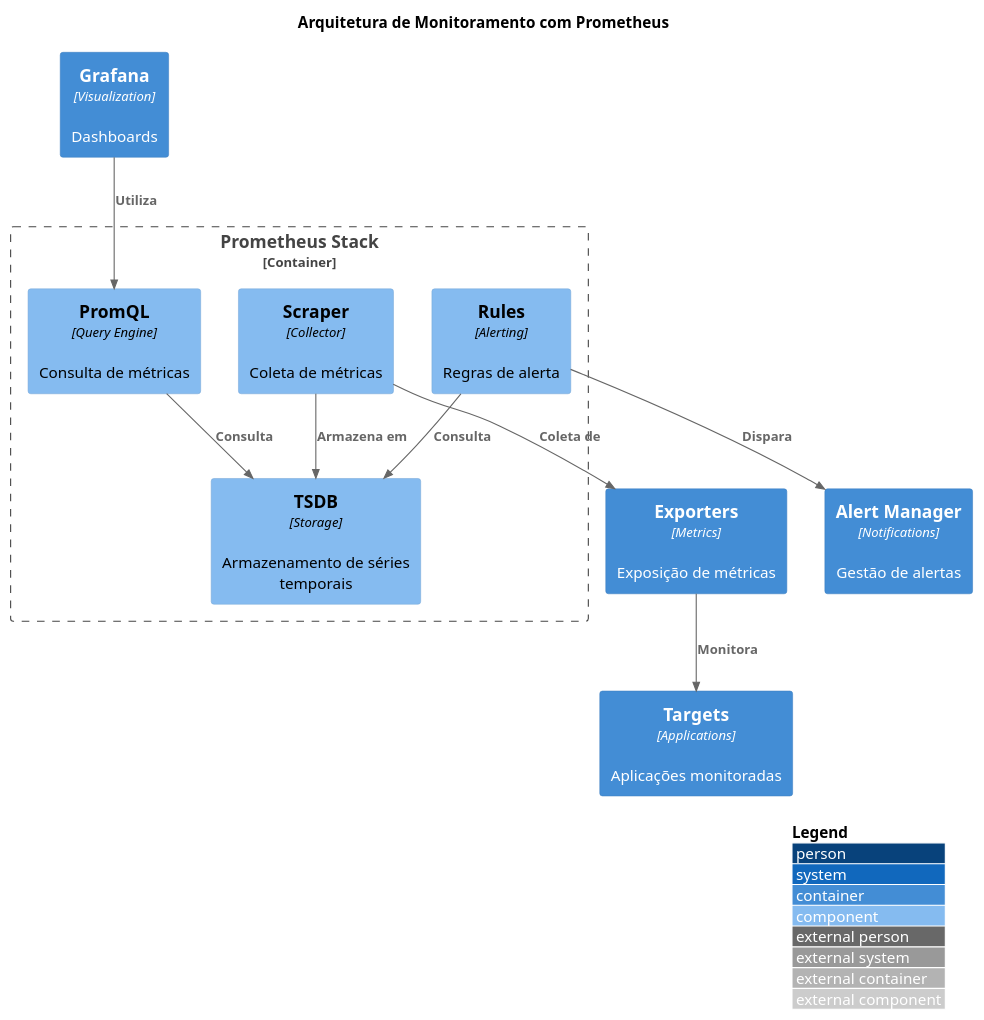
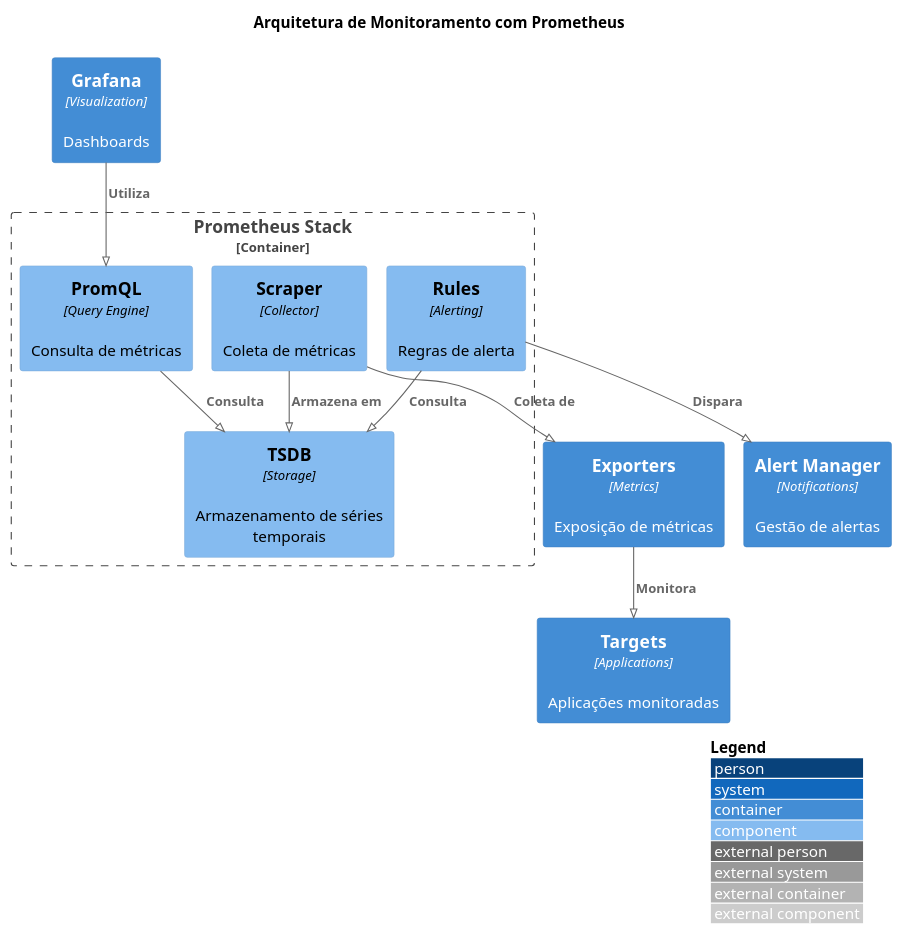
The diagram in diagrams/adr-052-prometheus-monitoring.puml (tiagonpsilva/architecture-decision-records), drawn with PlantUML before and after one commit. The commit also changed 6 other files, not shown here.

Commit message:
fix: corrige versão do PlantUML para 1.2023.7 nos diagramas ADR-049 a ADR-055

```diff
--- a/diagrams/adr-052-prometheus-monitoring.puml
+++ b/diagrams/adr-052-prometheus-monitoring.puml
@@ -1,29 +1,32 @@
-@startuml Prometheus Monitoring
+@startuml
+!pragma layout smetana
+' version 1.2023.7
+!include C4_Container.puml
 
 !include https://raw.githubusercontent.com/plantuml-stdlib/C4-PlantUML/master/C4_Component.puml
 
 LAYOUT_WITH_LEGEND()
 
 title Arquitetura de Monitoramento com Prometheus
 
 Container_Boundary(prometheus, "Prometheus Stack") {
     Component(scraper, "Scraper", "Collector", "Coleta de métricas")
     Component(tsdb, "TSDB", "Storage", "Armazenamento de séries temporais")
     Component(rules, "Rules", "Alerting", "Regras de alerta")
     Component(query, "PromQL", "Query Engine", "Consulta de métricas")
 }
 
 Container(exporters, "Exporters", "Metrics", "Exposição de métricas")
 Container(alertmanager, "Alert Manager", "Notifications", "Gestão de alertas")
 Container(grafana, "Grafana", "Visualization", "Dashboards")
 Container(targets, "Targets", "Applications", "Aplicações monitoradas")
 
 Rel(scraper, exporters, "Coleta de")
 Rel(exporters, targets, "Monitora")
 Rel(scraper, tsdb, "Armazena em")
 Rel(rules, tsdb, "Consulta")
 Rel(rules, alertmanager, "Dispara")
 Rel(query, tsdb, "Consulta")
 Rel(grafana, query, "Utiliza")
 
 @enduml 
```
